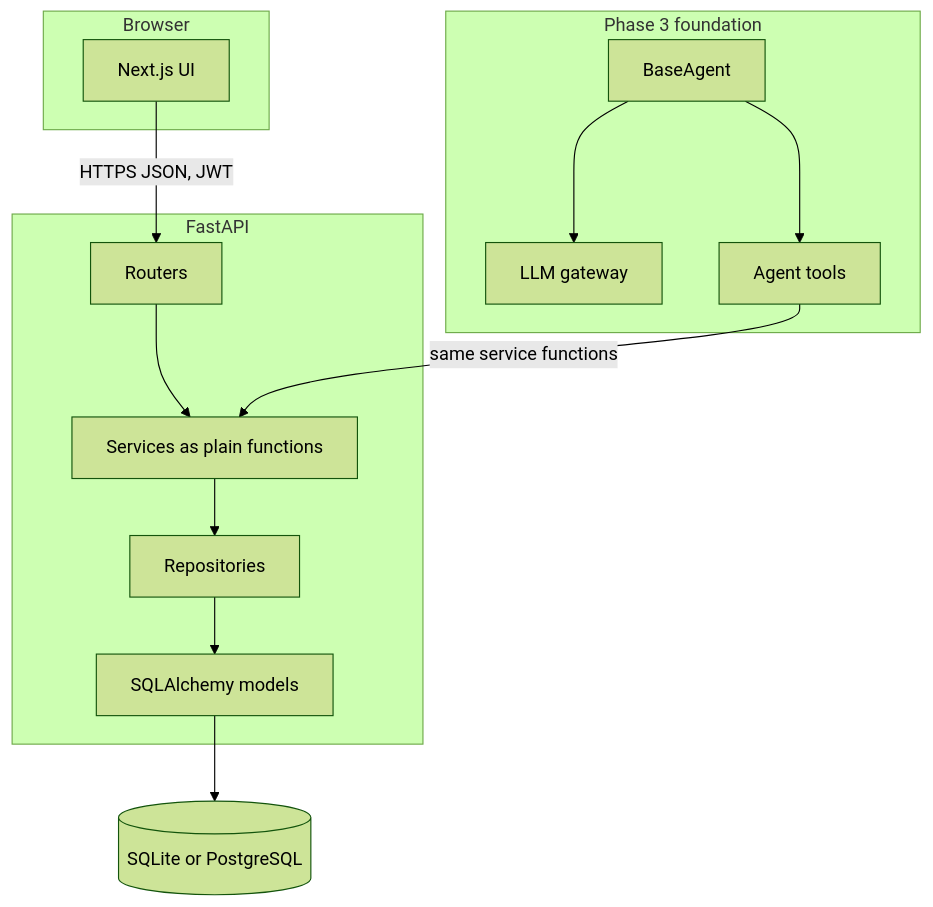
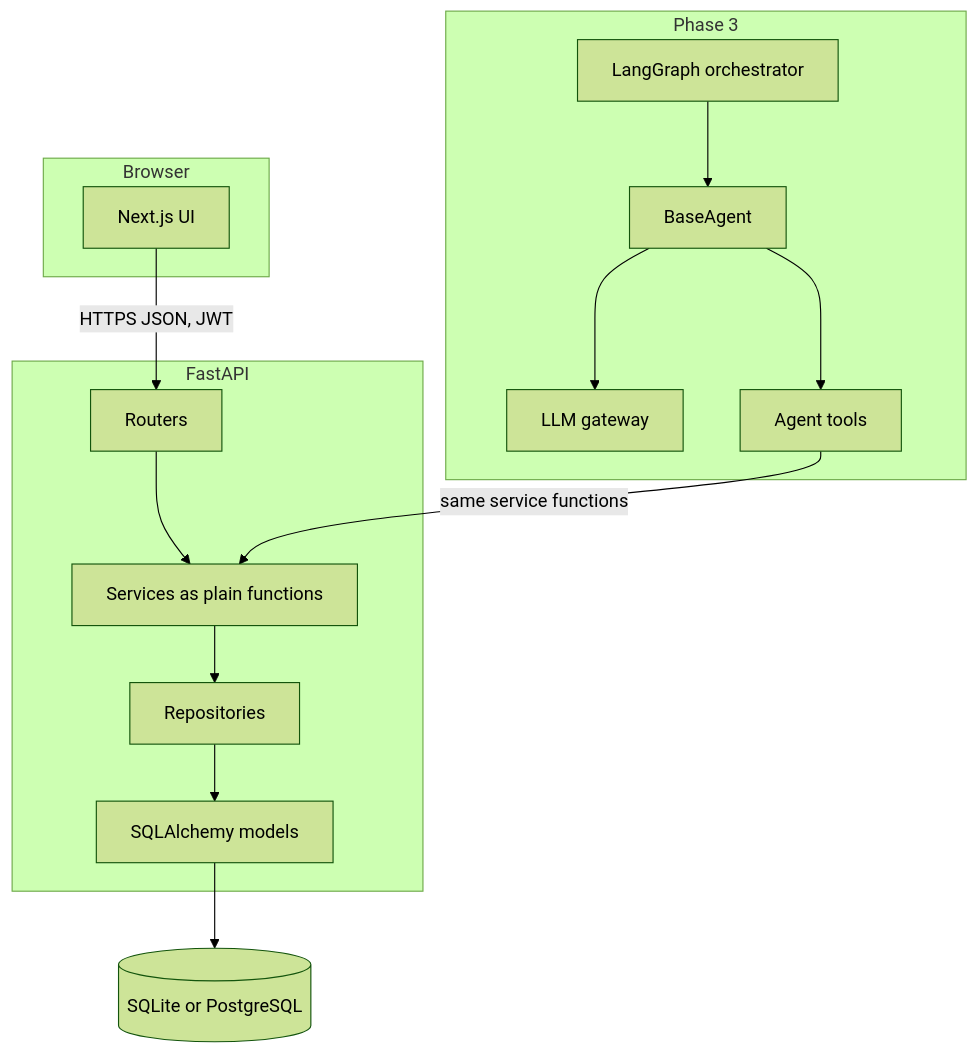
One commit to shreyanshhhhhhhh/Inventory_AI changed the first of 2 diagrams in docs/ARCHITECTURE.md. Above: the diagram before and after it, drawn with Mermaid (forest theme). The commit also changed other lines of this file and 40 other files, not shown here.

Commit message:
Add the LangGraph chat orchestrator so slash commands and compound requests can be planned, approved, and run without writing stock or purchase orders.

````diff
--- a/docs/ARCHITECTURE.md
+++ b/docs/ARCHITECTURE.md
@@ -9,31 +9,33 @@
 ```mermaid
 flowchart TB
   subgraph client ["Browser"]
     UI["Next.js UI"]
   end
 
   subgraph server ["FastAPI"]
     Routers[Routers]
     Services["Services as plain functions"]
     Repos[Repositories]
     Models[SQLAlchemy models]
   end
 
   DB[("SQLite or PostgreSQL")]
 
   UI -->|"HTTPS JSON, JWT"| Routers
   Routers --> Services
   Services --> Repos
   Repos --> Models
   Models --> DB
 
-  subgraph later ["Phase 3 foundation"]
+  subgraph later ["Phase 3"]
     Gateway[LLM gateway]
     Tools[Agent tools]
     BaseAgent[BaseAgent]
+    Orch[LangGraph orchestrator]
   end
 
+  Orch --> BaseAgent
   BaseAgent --> Gateway
   BaseAgent --> Tools
   Tools -->|"same service functions"| Services
 ```
````
